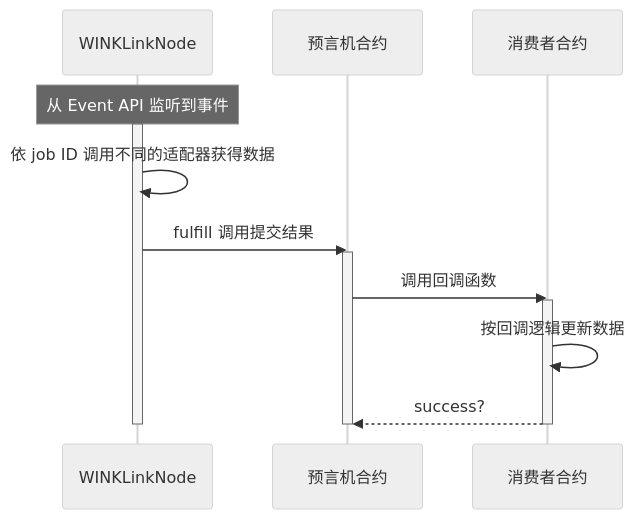
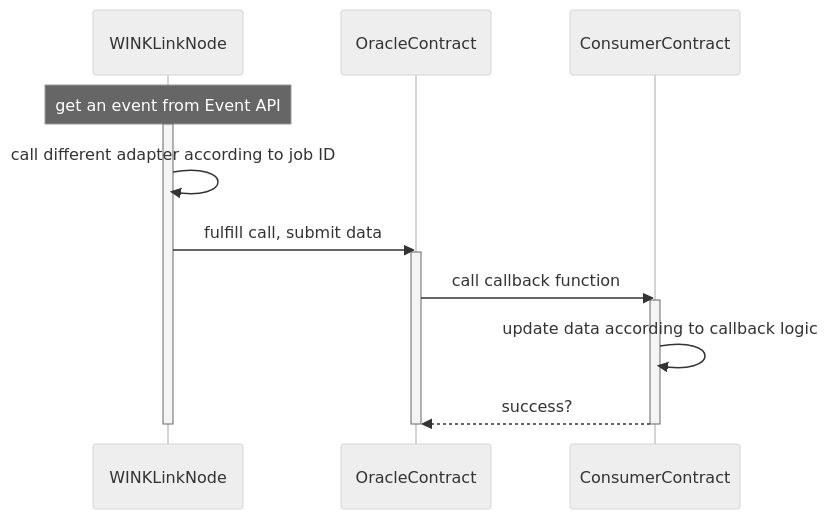
One commit to wink-link/winklink-doc changed the third of 3 diagrams in docs/architecture.md. Above: the diagram before and after it, drawn with Mermaid (neutral theme). The commit also changed other lines of this file and 21 other files, not shown here.

````diff
--- a/docs/architecture.md
+++ b/docs/architecture.md
@@ -56,15 +54,15 @@
 ```mermaid
 sequenceDiagram
-    Note over WINKLinkNode: 从 Event API 监听到事件
+    Note over WINKLinkNode: get an event from Event API
     activate WINKLinkNode
-    WINKLinkNode->>WINKLinkNode: 依 job ID 调用不同的适配器获得数据
-    WINKLinkNode->>预言机合约: fulfill 调用提交结果
-    activate 预言机合约
-    预言机合约->>消费者合约: 调用回调函数
-    activate 消费者合约
-    消费者合约->>消费者合约: 按回调逻辑更新数据
-    消费者合约-->>预言机合约: success?
-    deactivate 消费者合约
-    deactivate 预言机合约
+    WINKLinkNode->>WINKLinkNode: call different adapter according to job ID
+    WINKLinkNode->>OracleContract: fulfill call, submit data
+    activate OracleContract
+    OracleContract->>ConsumerContract: call callback function
+    activate ConsumerContract
+    ConsumerContract->>ConsumerContract: update data according to callback logic
+    ConsumerContract-->>OracleContract: success?
+    deactivate ConsumerContract
+    deactivate OracleContract
     deactivate WINKLinkNode
 ```
````
